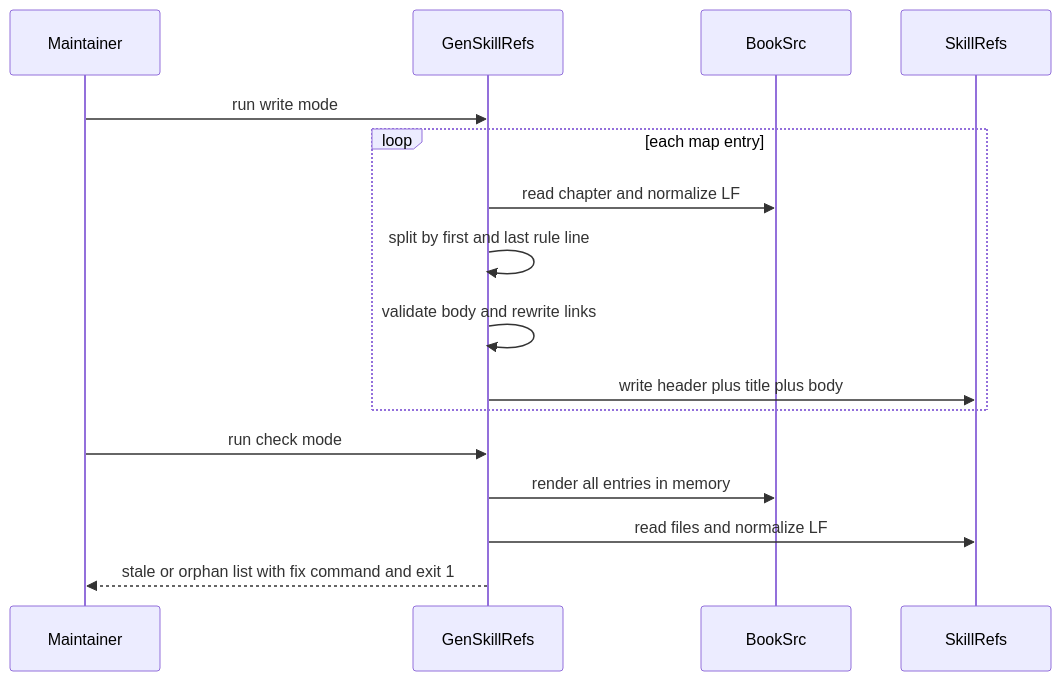
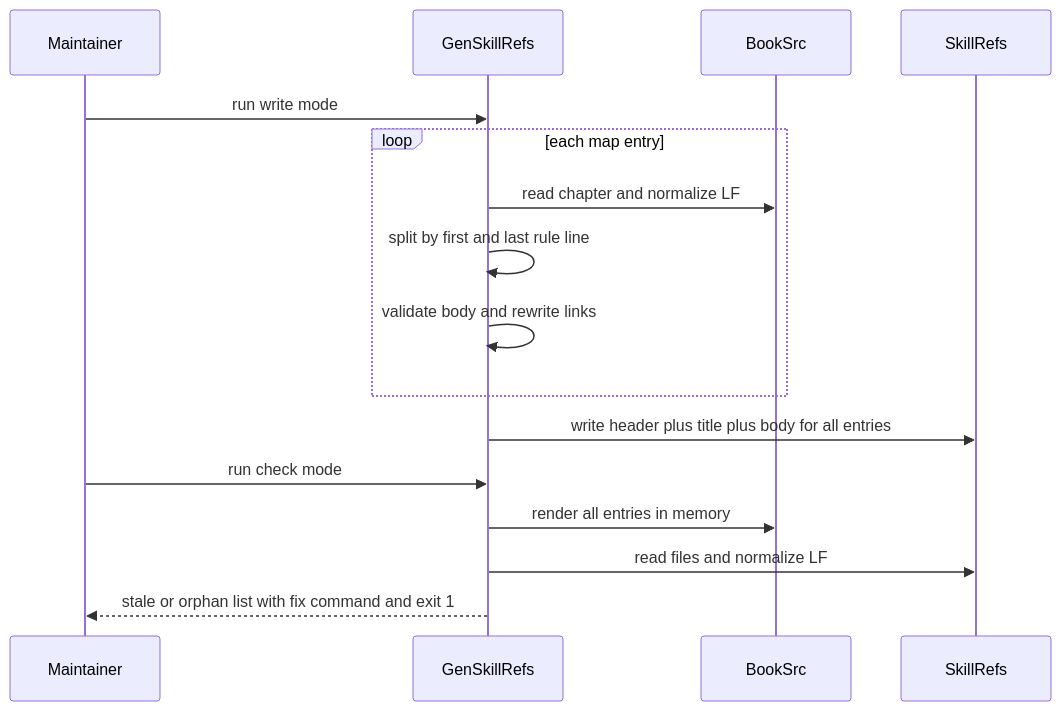
One commit to ekicyou/pasta changed the second of 4 diagrams in .kiro/specs/manual-ssot-authority/design.md. Above: the diagram before and after it, drawn with Mermaid. The commit also changed other lines of this file and 2 other files, not shown here.

````diff
--- a/.kiro/specs/manual-ssot-authority/design.md
+++ b/.kiro/specs/manual-ssot-authority/design.md
@@ -214,18 +231,18 @@
 ```mermaid
 sequenceDiagram
     participant M as Maintainer
     participant G as GenSkillRefs
     participant B as BookSrc
     participant S as SkillRefs
     M->>G: run write mode
     loop each map entry
         G->>B: read chapter and normalize LF
         G->>G: split by first and last rule line
         G->>G: validate body and rewrite links
-        G->>S: write header plus title plus body
     end
+    G->>S: write header plus title plus body for all entries
     M->>G: run check mode
     G->>B: render all entries in memory
     G->>S: read files and normalize LF
     G-->>M: stale or orphan list with fix command and exit 1
 ```
````
